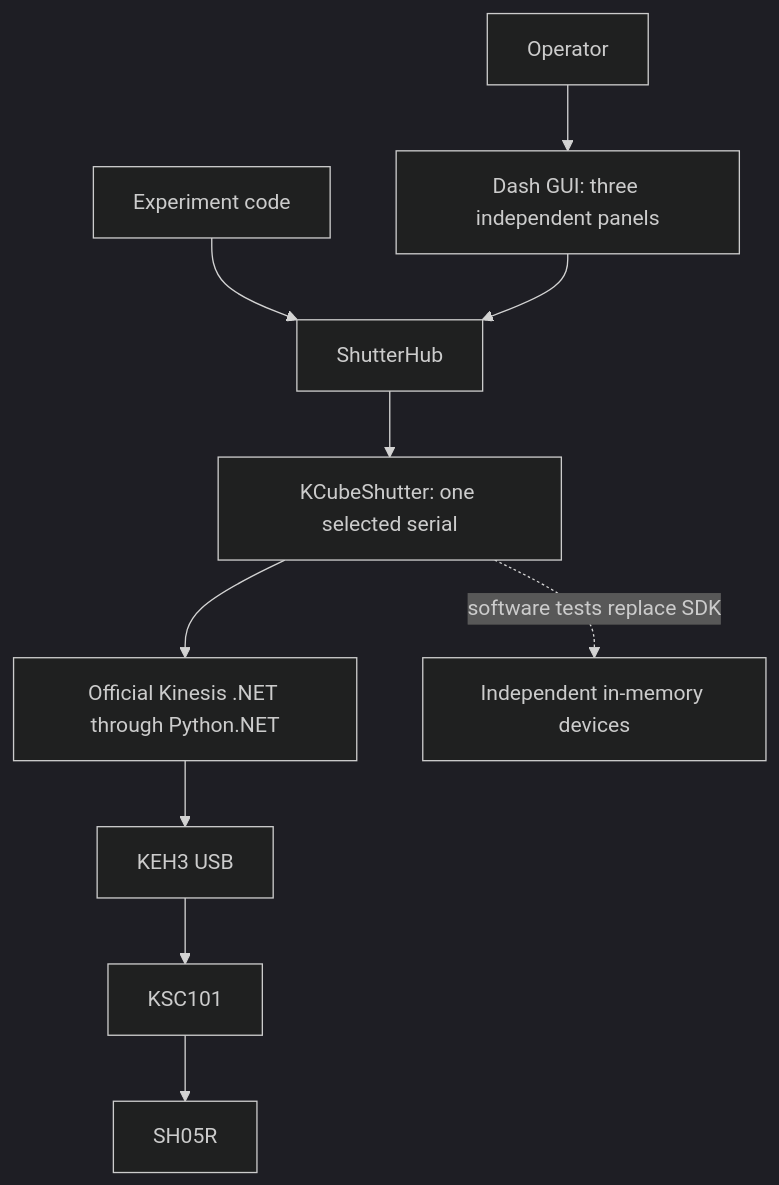
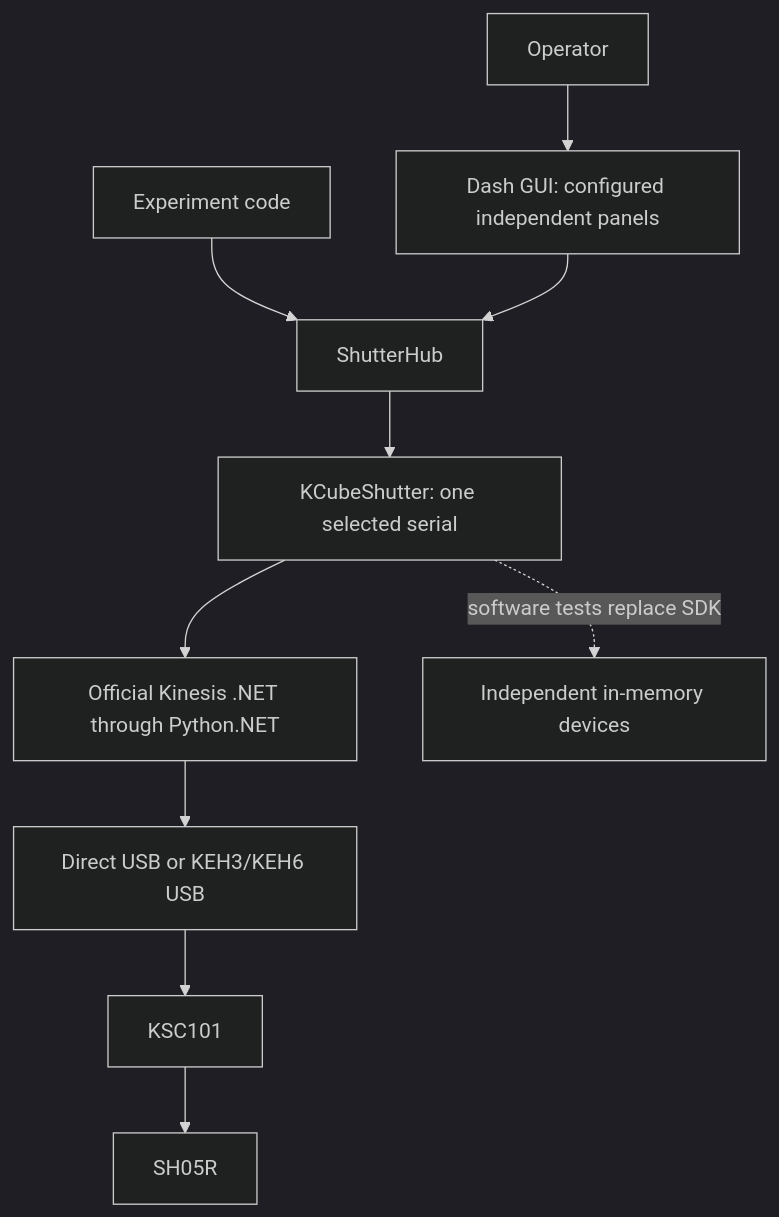
Before and after one commit to cct1123/thorlabs-shutter-control: the diagram in docs/architecture.md, drawn with Mermaid (dark theme). The commit also changed other lines of this file and 48 other files, not shown here.

````diff
--- a/docs/architecture.md
+++ b/docs/architecture.md
@@ -5,12 +5,12 @@
 ```mermaid
 flowchart TD
-    User[Operator] --> GUI[Dash GUI: three independent panels]
+    User[Operator] --> GUI[Dash GUI: configured independent panels]
     Experiment[Experiment code] --> Hub[ShutterHub]
     GUI --> Hub
     Hub --> Driver[KCubeShutter: one selected serial]
     Driver --> SDK[Official Kinesis .NET through Python.NET]
-    SDK --> USB[KEH3 USB]
+    SDK --> USB[Direct USB or KEH3/KEH6 USB]
     USB --> Cube[KSC101]
     Cube --> Shutter[SH05R]
     Driver -. software tests replace SDK .-> Fake[Independent in-memory devices]
 ```
````
